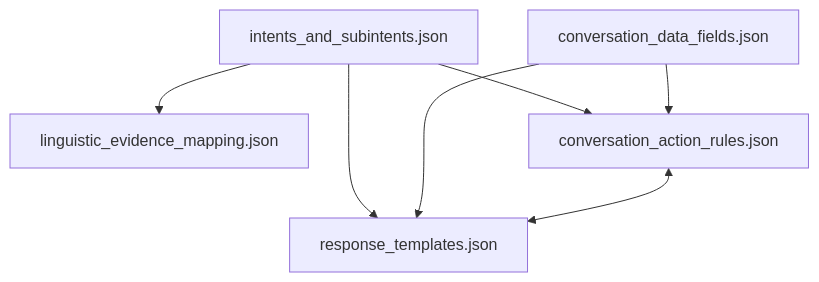
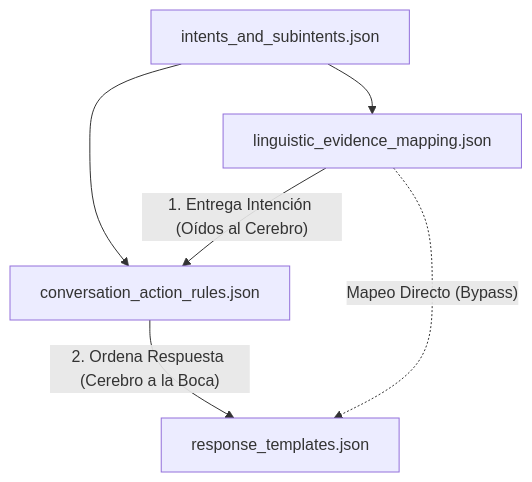
Before and after one commit to fomoro/Spacy: the first of 6 diagrams in fases/core_nlp_engine_sm/docs/diagrams/resource_dependencies.md, drawn with Mermaid. The commit also changed other lines of this file and 31 other files, not shown here.

````diff
--- a/fases/core_nlp_engine_sm/docs/diagrams/resource_dependencies.md
+++ b/fases/core_nlp_engine_sm/docs/diagrams/resource_dependencies.md
@@ -5,11 +8,10 @@
 ```mermaid
 flowchart TD
     intents_and_subintents.json --> linguistic_evidence_mapping.json
     intents_and_subintents.json --> conversation_action_rules.json
-    intents_and_subintents.json --> response_templates.json
     
-    conversation_data_fields.json --> conversation_action_rules.json
-    conversation_data_fields.json --> response_templates.json
-
-    conversation_action_rules.json <--> response_templates.json
+    %% El ciclo de vida conceptual
+    linguistic_evidence_mapping.json -- "1. Entrega Intención (Oídos al Cerebro)" --> conversation_action_rules.json
+    conversation_action_rules.json -- "2. Ordena Respuesta (Cerebro a la Boca)" --> response_templates.json
+    linguistic_evidence_mapping.json -. "Mapeo Directo (Bypass)" .-> response_templates.json
 ```
````
